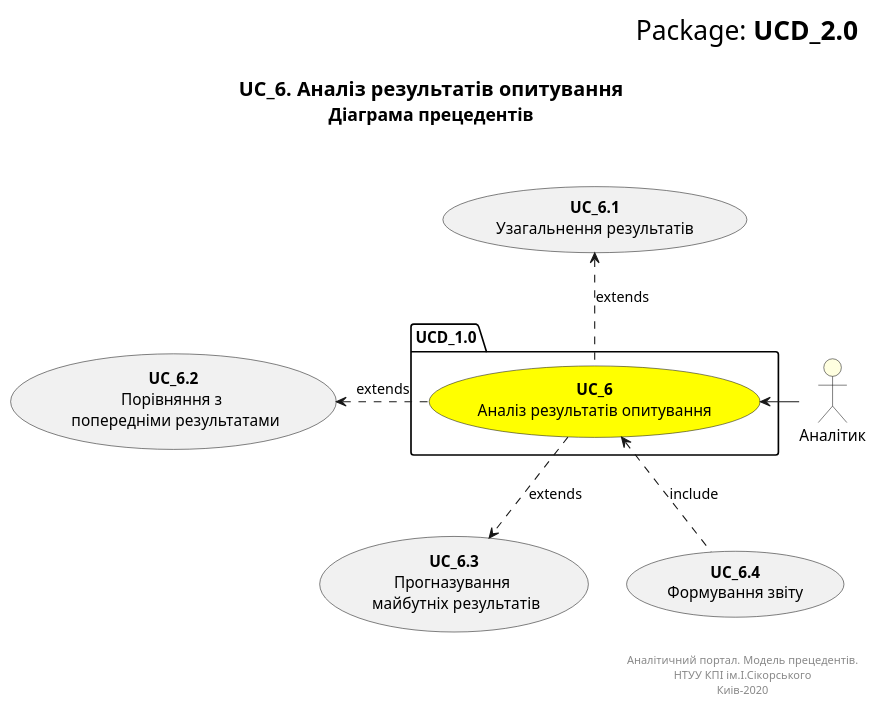
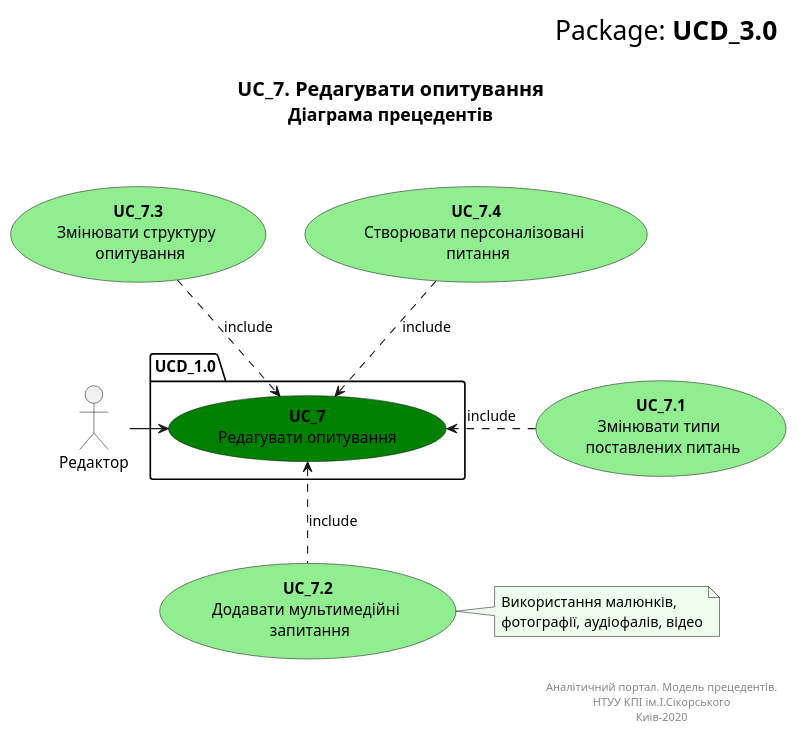
The diagram in UCD_2.puml (vano7577/UML), drawn with PlantUML before and after one commit.

```diff
--- a/UCD_2.puml
+++ b/UCD_2.puml
@@ -1,41 +1,44 @@
-@startuml UCD_2.0
+@startuml UCD_3.0
 
 right header
-<font size=24 color=black>Package:<b> UCD_2.0
+<font size=24 color=black>Package:<b> UCD_3.0
 
 end header
 
 title
-<font size=18 color=black>UC_6. Аналіз результатів опитування
+<font size=18 color=black>UC_7. Редагувати опитування
 <font size=16 color=black>Діаграма прецедентів
 
 
 end title
 
 package UCD_1.0 {
-usecase "<b>UC_6</b>\nАналіз результатів опитування" as UC_6 #Yellow
+usecase "<b>UC_7</b>\nРедагувати опитування" as UC_7 #Green
 }
 
-actor "Аналітик" as Analyst #LightYellow
+actor "Редактор" as Collaborator
+usecase "<b>UC_7.1</b>\nЗмінювати типи \n поставлених питань" as UC_7.1  #LightGreen
+usecase "<b>UC_7.2</b>\nДодавати мультимедійні \n запитання"  as UC_7.2 #LightGreen
+usecase "<b>UC_7.3</b>\nЗмінювати структуру \n опитування" as UC_7.3  #LightGreen
+usecase "<b>UC_7.4</b>\nСтворювати персоналізовані \n питання" as UC_7.4  #LightGreen
 
-usecase "<b>UC_6.1</b>\nУзагальнення результатiв" as UC_6.1
-usecase "<b>UC_6.2</b>\nПорівняння з \n попередніми результатами" as UC_6.2
-usecase "<b>UC_6.3</b>\nПрогназування \n майбутніх результатів" as UC_6.3
-usecase "<b>UC_6.4</b>\nФормування звіту" as UC_6.4
+Collaborator -> UC_7
 
-UC_6.1 <.. UC_6: extends
-UC_6.2 <.r. UC_6: extends
-UC_6.3 <.u. UC_6: extends
-UC_6.4 .u.> UC_6: include
+UC_7.2 .u.> UC_7 : include
+UC_7.3 ..> UC_7 : include
+UC_7.4 ..> UC_7: include
+UC_7.1 .> UC_7: include
 
-Analyst -> UC_6
-
+note right of UC_7.2 #eeffee
+Використання малюнків,
+фотографії, аудіофалів, відео
+end note
 
 right footer
 
 Аналітичний портал. Модель прецедентів.
 НТУУ КПІ ім.І.Сікорського
 Киів-2020
 end footer
  
 @enduml
```
